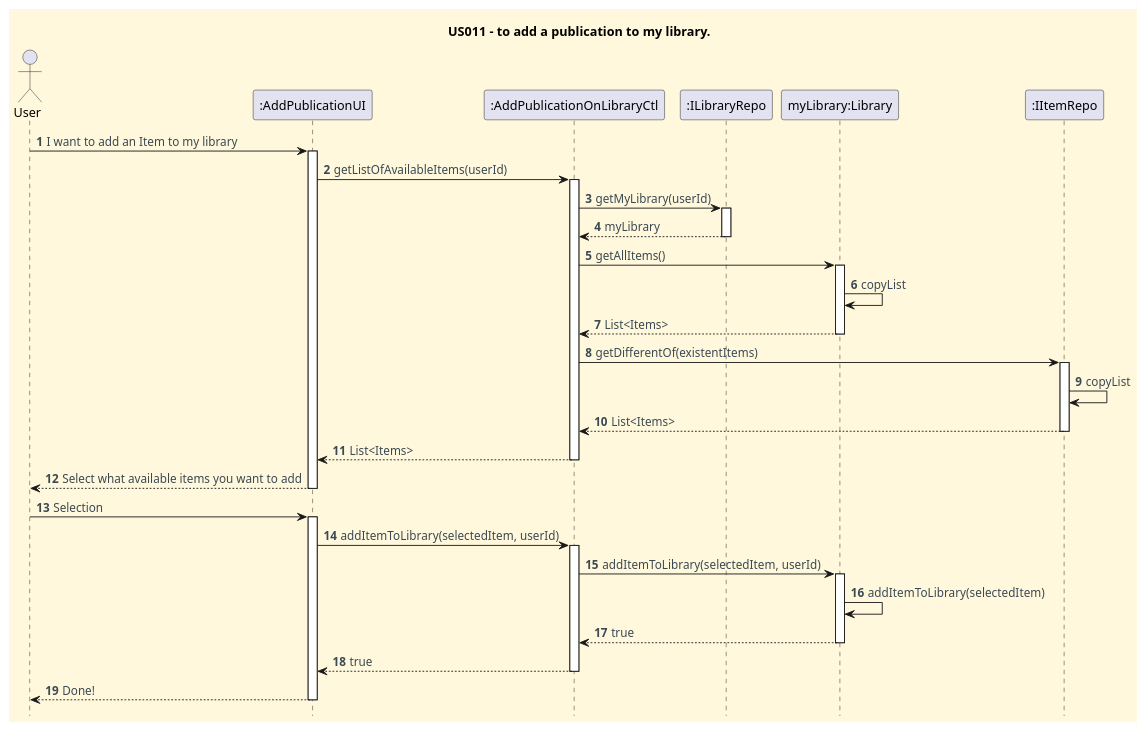
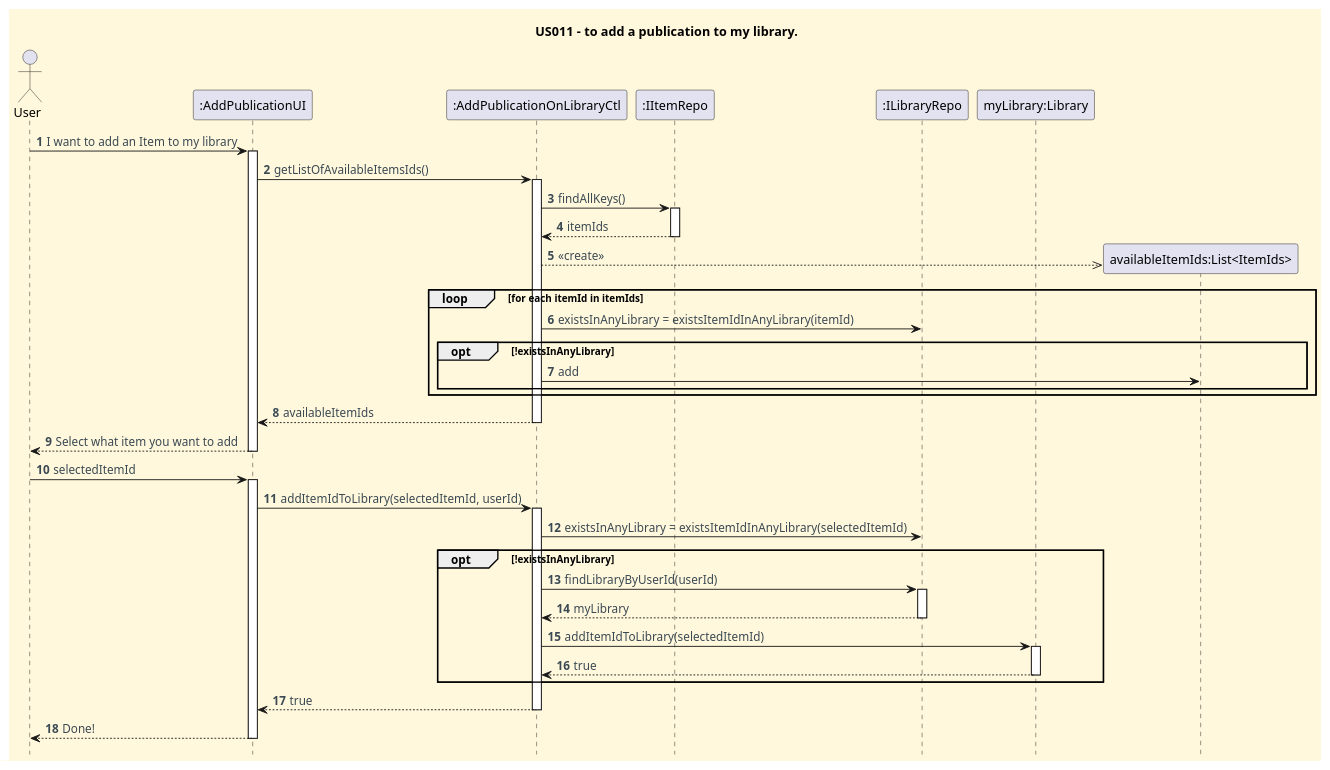
The diagram in docs/user-stories/US011/US011_add_publication_to_my_library_SD.puml (CarolinaLeite-collab/JavaMarketplacePlatform), drawn with PlantUML before and after one commit. The commit also changed 2 other files, not shown here.

```diff
--- a/docs/user-stories/US011/US011_add_publication_to_my_library_SD.puml
+++ b/docs/user-stories/US011/US011_add_publication_to_my_library_SD.puml
@@ -1,64 +1,76 @@
 @startuml
 'https://plantuml.com/sequence-diagram
 hide footbox
 title US011 - to add a publication to my library.
 
 '==== basic style ====
 skinparam monochrome false
 skinparam shadowing false
 skinparam defaultFontName Futura
 skinparam objectFontSize 20
 skinparam backgroundColor CornSilk
 skinparam objectBackgroundColor WhiteSmoke
 skinparam noteBackgroundColor #FFFFE0
 skinparam ArrowFontColor #3B4953
 skinparam ActivationBackgroundColor black
 
 autonumber
 autoactivate off
 
 
 actor User
 participant ":AddPublicationUI" as UI
 participant ":AddPublicationOnLibraryCtl" as CTL
+participant ":IItemRepo" as ITEMREPO
+
 participant ":ILibraryRepo" as LIBREPO
 participant "myLibrary:Library" as LIB
-participant ":IItemRepo" as ITEMREPO
 
 User -> UI : I want to add an Item to my library
 activate UI
-UI -> CTL : getListOfAvailableItems(userId)
+UI -> CTL : getListOfAvailableItemsIds()
 activate CTL
-CTL -> LIBREPO : getMyLibrary(userId)
-activate LIBREPO
-LIBREPO --> CTL : myLibrary
-deactivate LIBREPO
-CTL -> LIB : getAllItems()
-activate LIB
-LIB -> LIB : copyList
-LIB --> CTL : List<Items>
-deactivate LIB
-CTL -> ITEMREPO : getDifferentOf(existentItems)
+CTL -> ITEMREPO : findAllKeys()
 activate ITEMREPO
-ITEMREPO -> ITEMREPO : copyList
-ITEMREPO --> CTL : List<Items>
+ITEMREPO --> CTL : itemIds
 deactivate ITEMREPO
-CTL --> UI : List<Items>
+
+create "availableItemIds:List<ItemIds>"
+CTL -->> "availableItemIds:List<ItemIds>" : <<create>>
+
+    loop  for each itemId in itemIds
+    CTL -> LIBREPO : existsInAnyLibrary = existsItemIdInAnyLibrary(itemId)
+    opt !existsInAnyLibrary
+    CTL -> "availableItemIds:List<ItemIds>" : add
+    end
+    end
+
+CTL --> UI : availableItemIds
 deactivate CTL
-UI --> User : Select what available items you want to add
+
+UI --> User : Select what item you want to add
 deactivate UI
-User -> UI : Selection
+User -> UI : selectedItemId
 activate UI
-UI -> CTL : addItemToLibrary(selectedItem, userId)
+UI -> CTL : addItemIdToLibrary(selectedItemId, userId)
 activate CTL
-CTL -> LIB : addItemToLibrary(selectedItem, userId)
-activate LIB
-LIB -> LIB : addItemToLibrary(selectedItem)
-LIB --> CTL : true
-deactivate LIB
+CTL -> LIBREPO : existsInAnyLibrary = existsItemIdInAnyLibrary(selectedItemId)
+
+    opt !existsInAnyLibrary
+
+        CTL -> LIBREPO : findLibraryByUserId(userId)
+        activate LIBREPO
+        LIBREPO --> CTL : myLibrary
+        deactivate LIBREPO
+        CTL -> LIB : addItemIdToLibrary(selectedItemId)
+        activate LIB
+        LIB --> CTL : true
+        deactivate LIB
+
+    end
 CTL --> UI : true
 deactivate CTL
 UI --> User : Done!
 deactivate UI
 
 @enduml
```
